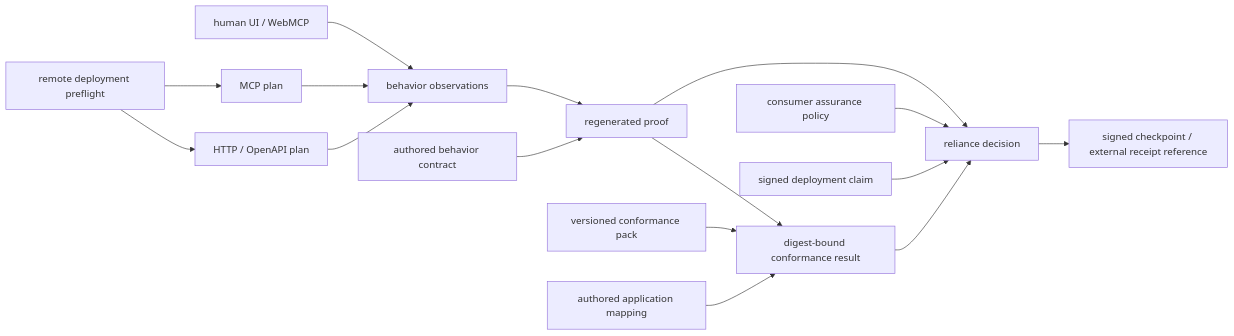
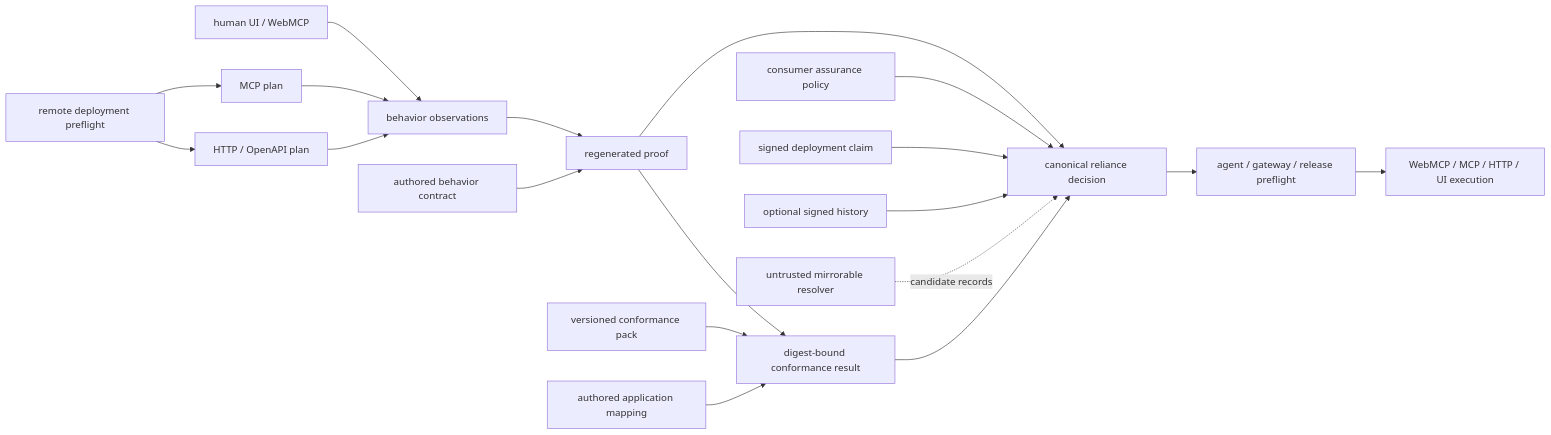
One commit to VPAI-Grok/AIC changed the seventh of 10 diagrams in docs/architecture.md. Above: the diagram before and after it, drawn with Mermaid. The commit also changed other lines of this file and 104 other files, not shown here.

````diff
--- a/docs/architecture.md
+++ b/docs/architecture.md
@@ -295,18 +329,21 @@
 ```mermaid
 flowchart LR
     BROWSER["human UI / WebMCP"] --> OBS["behavior observations"]
     HTTP["HTTP / OpenAPI plan"] --> OBS
     MCP["MCP plan"] --> OBS
     REMOTE["remote deployment preflight"] --> HTTP
     REMOTE --> MCP
     CONTRACT["authored behavior contract"] --> PROOF["regenerated proof"]
     OBS --> PROOF
     PACK["versioned conformance pack"] --> CONF["digest-bound conformance result"]
     BINDING["authored application mapping"] --> CONF
     PROOF --> CONF
-    POLICY["consumer assurance policy"] --> DECISION["reliance decision"]
+    POLICY["consumer assurance policy"] --> DECISION["canonical reliance decision"]
     PROOF --> DECISION
     CLAIM["signed deployment claim"] --> DECISION
     CONF --> DECISION
-    DECISION --> HISTORY["signed checkpoint / external receipt reference"]
+    HISTORY["optional signed history"] --> DECISION
+    RESOLVER["untrusted mirrorable resolver"] -. candidate records .-> DECISION
+    DECISION --> PREFLIGHT["agent / gateway / release preflight"]
+    PREFLIGHT --> NATIVE["WebMCP / MCP / HTTP / UI execution"]
 ```
````
